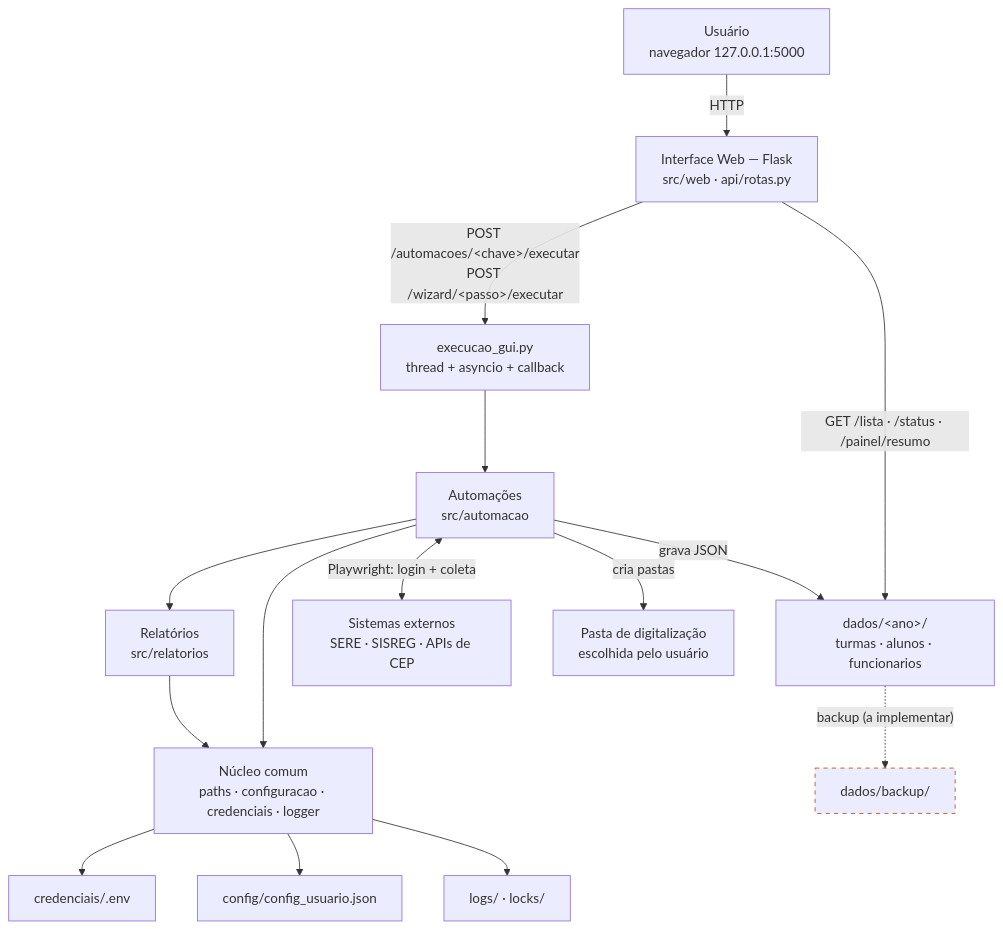
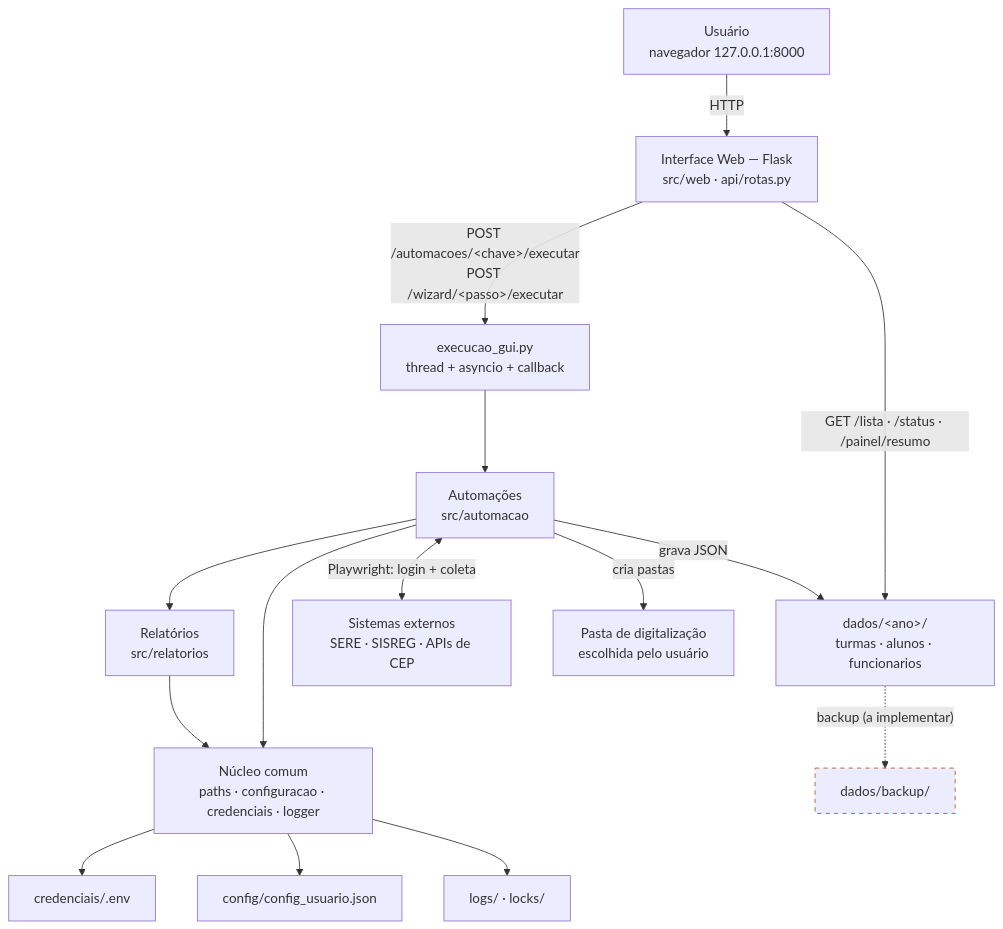
One commit to al3xm3ssias/AUTO_SERE changed the first of 3 diagrams in diagrama_de_funcionamento.md. Above: the diagram before and after it, drawn with Mermaid. The commit also changed other lines of this file and 27 other files, not shown here.

````diff
--- a/diagrama_de_funcionamento.md
+++ b/diagrama_de_funcionamento.md
@@ -29,20 +29,20 @@
 ```mermaid
 flowchart TB
-    U["Usuário<br/>navegador 127.0.0.1:5000"] -->|HTTP| W["Interface Web — Flask<br/>src/web · api/rotas.py"]
+    U["Usuário<br/>navegador 127.0.0.1:8000"] -->|HTTP| W["Interface Web — Flask<br/>src/web · api/rotas.py"]
     W -->|"POST /automacoes/&lt;chave&gt;/executar<br/>POST /wizard/&lt;passo&gt;/executar"| G["execucao_gui.py<br/>thread + asyncio + callback"]
     W -->|"GET /lista · /status · /painel/resumo"| D
     G --> A["Automações<br/>src/automacao"]
     A --> R["Relatórios<br/>src/relatorios"]
     A --> C["Núcleo comum<br/>paths · configuracao · credenciais · logger"]
     R --> C
     A <-->|"Playwright: login + coleta"| X["Sistemas externos<br/>SERE · SISREG · APIs de CEP"]
     C --> E["credenciais/.env"]
     C --> K["config/config_usuario.json"]
     A -->|"grava JSON"| D["dados/&lt;ano&gt;/<br/>turmas · alunos · funcionarios"]
     A -->|"cria pastas"| P["Pasta de digitalização<br/>escolhida pelo usuário"]
     C --> L["logs/ · locks/"]
     D -.->|"backup (a implementar)"| B["dados/backup/"]
 
     classDef todo stroke-dasharray: 5 5,stroke:#b45309;
     class B todo;
 ```
````
